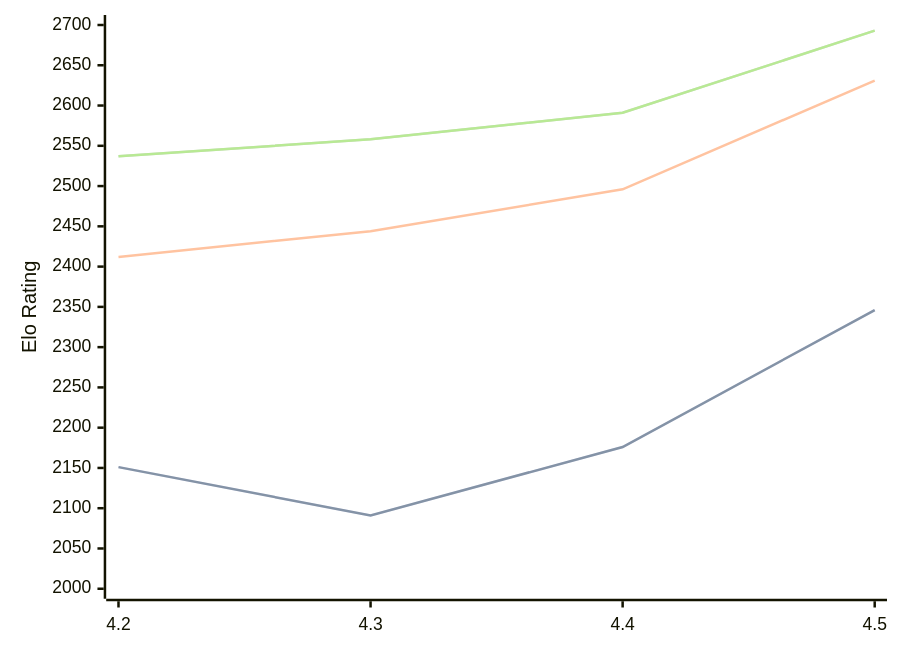
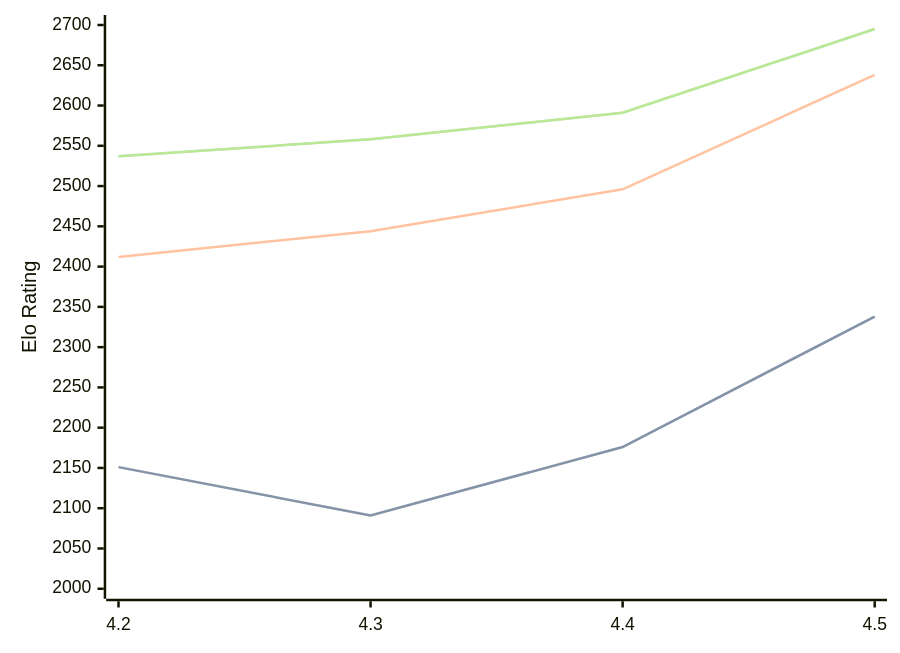
One commit to computer-chess-index/cci changed the third of 3 diagrams in engines/Eubos.md. Above: the diagram before and after it, drawn with Mermaid. The commit also changed other lines of this file, not shown here.

Commit message:
Update CCI Ratings (ELO VLTC) - 2026-06-18

````diff
--- a/engines/Eubos.md
+++ b/engines/Eubos.md
@@ -123,11 +123,11 @@
 ```mermaid
 %%{init: {"theme":"base","themeVariables":{"seriesColors:['#a3a3a3','#222221','#faa371']}}}%%
 xychart-beta
   x-axis ["4.2", "4.3", "4.4", "4.5"]
   y-axis "Elo Rating" 2000 --> 2700
-  line "STC (8.0+0.08s)" [2151, 2091, 2176, 2346]
-  line "STC (8.0+0.08s)" [2151, 2091, 2176, 2346]
-  line "LTC (60.0+0.60s)" [2412, 2444, 2496, 2631]
-  line "VLTC (2m24s+1.12s)" [2537, 2558, 2591, 2693]
-  line "VLTC (2m24s+1.12s)" [2537, 2558, 2591, 2693]
+  line "STC (8.0+0.08s)" [2151, 2091, 2176, 2338]
+  line "STC (8.0+0.08s)" [2151, 2091, 2176, 2338]
+  line "LTC (60.0+0.60s)" [2412, 2444, 2496, 2638]
+  line "VLTC (2m24s+1.12s)" [2537, 2558, 2591, 2695]
+  line "VLTC (2m24s+1.12s)" [2537, 2558, 2591, 2695]
 ```
````
